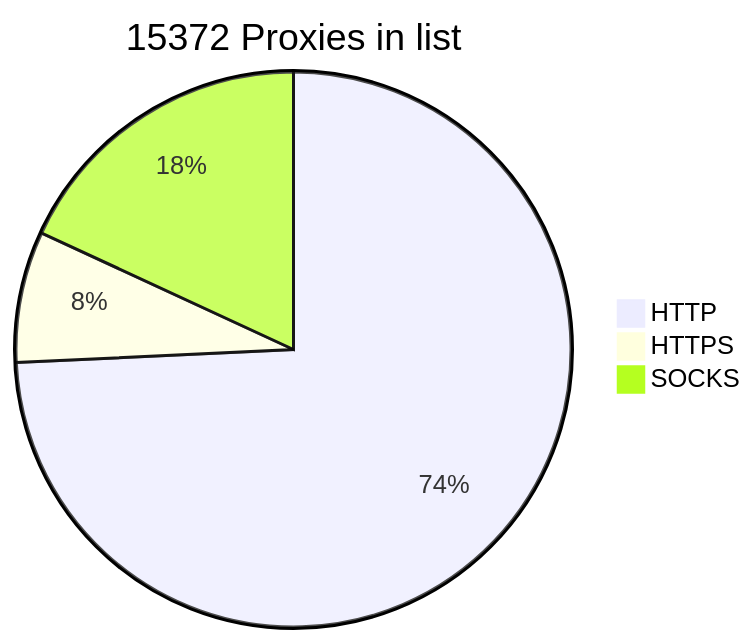
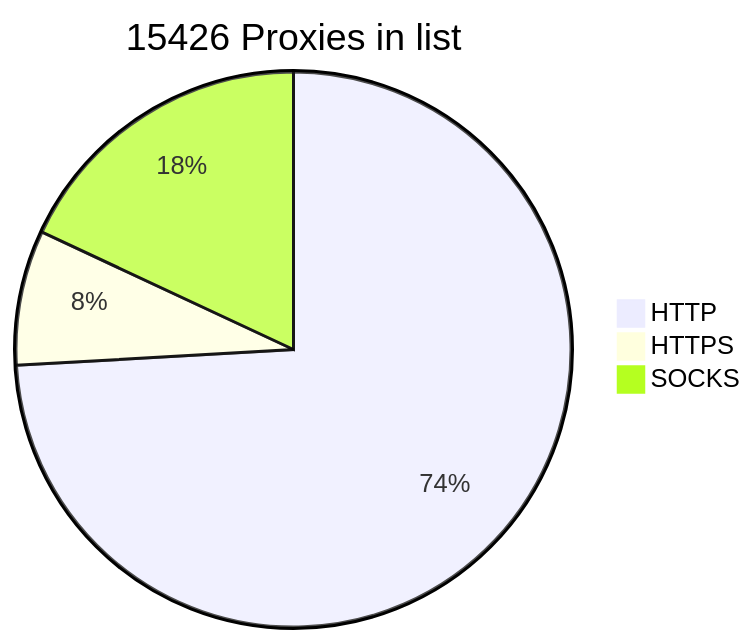
Before and after one commit to BlackSnowDot/proxylist-update-every-minute: the diagram in README.md, drawn with Mermaid. The commit also changed other lines of this file, not shown here.

````diff
--- a/README.md
+++ b/README.md
@@ -2,6 +2,6 @@
 ```mermaid
-pie title 15372 Proxies in list
-    "HTTP" : 11622
-    "HTTPS": 1196
+pie title 15426 Proxies in list
+    "HTTP" : 11635
+    "HTTPS": 1234
     "SOCKS" : 2834
 ```
````
